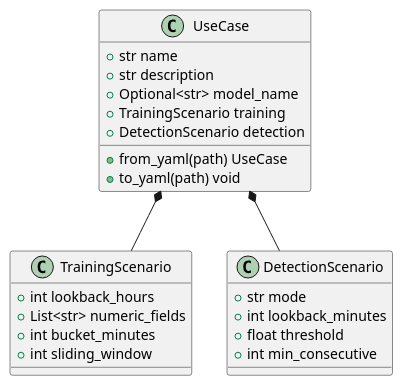
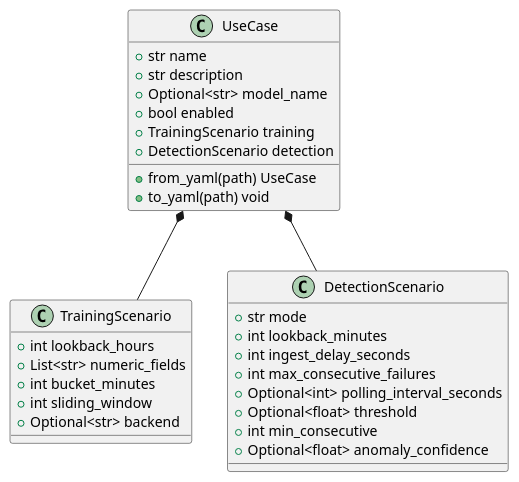
One commit to AbstractionsLab/idps-escape changed the second of 4 diagrams in docs/specs/swd/SWD-022.md. Above: the diagram before and after it, drawn with PlantUML. The commit also changed other lines of this file and 682 other files, not shown here.

````diff
--- a/docs/specs/swd/SWD-022.md
+++ b/docs/specs/swd/SWD-022.md
@@ -62,30 +78,36 @@
 ```plantuml
 @startuml
 class UseCase {
   +str name
   +str description
   +Optional<str> model_name
+  +bool enabled
   +TrainingScenario training
   +DetectionScenario detection
   +from_yaml(path) UseCase
   +to_yaml(path) void
 }
 
 class TrainingScenario {
   +int lookback_hours
   +List<str> numeric_fields
   +int bucket_minutes
   +int sliding_window
+  +Optional<str> backend
 }
 
 class DetectionScenario {
   +str mode
   +int lookback_minutes
-  +float threshold
+  +int ingest_delay_seconds
+  +int max_consecutive_failures
+  +Optional<int> polling_interval_seconds
+  +Optional<float> threshold
   +int min_consecutive
+  +Optional<float> anomaly_confidence
 }
 
 UseCase *-- TrainingScenario
 UseCase *-- DetectionScenario
 @enduml
 ```
````
